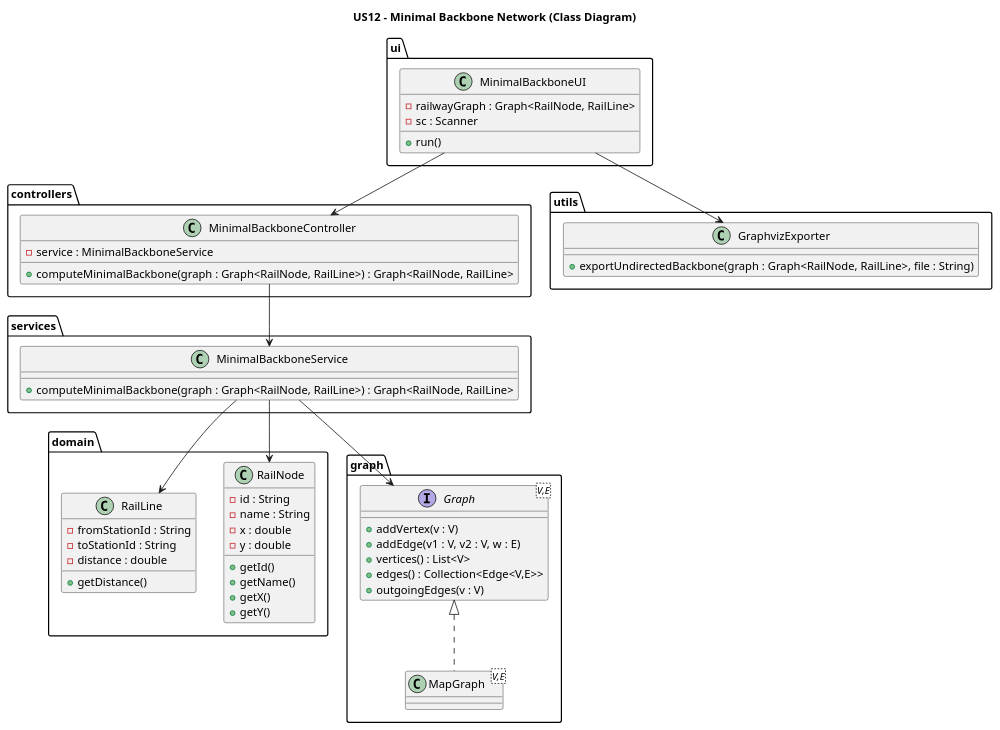
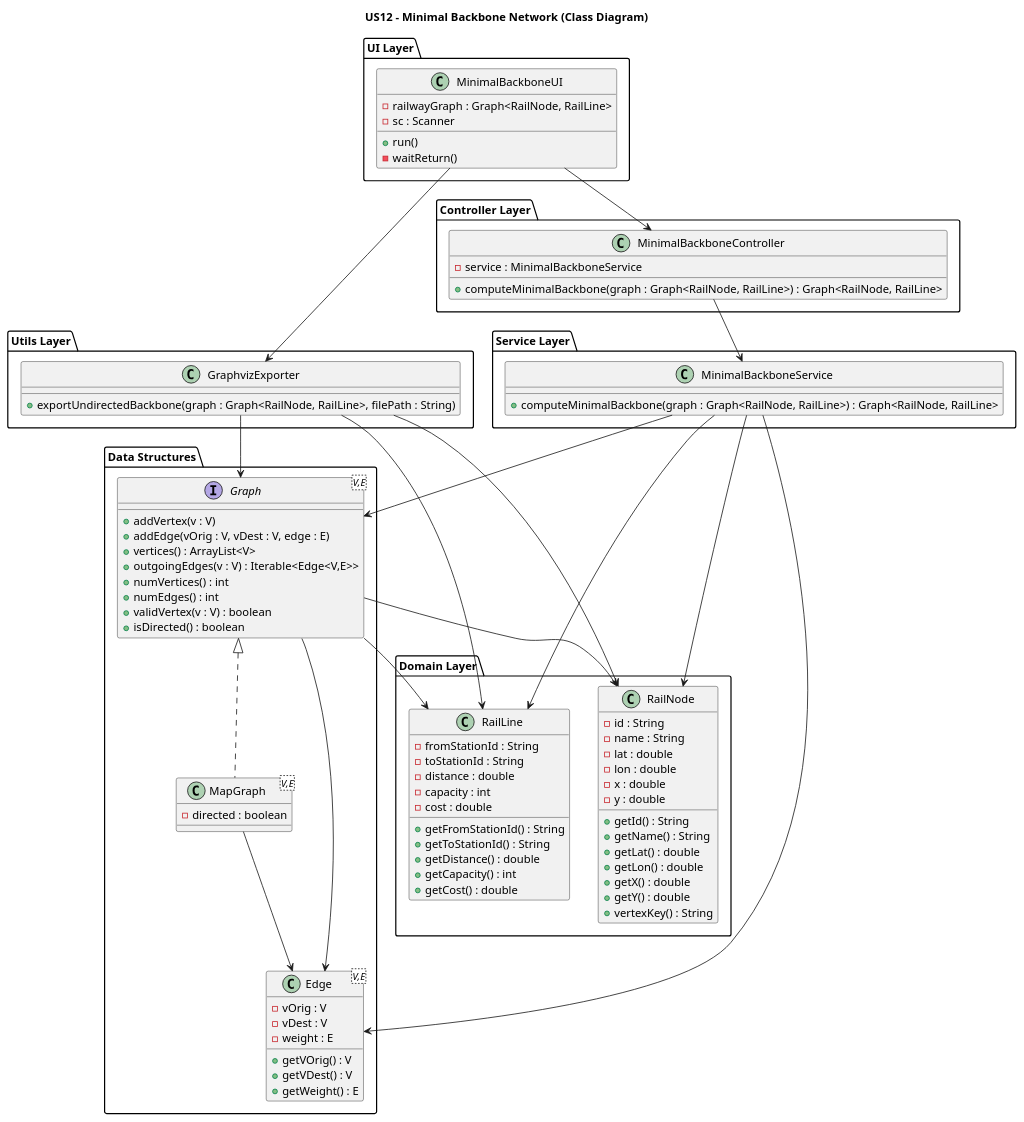
Before and after one commit to RicardoGuimaraes1212125/ESINF_25-26_1212125: the diagram in src/docs/USE12/USE12_cd.puml, drawn with PlantUML.

Commit message:
update on us12 CD

```diff
--- a/src/docs/USE12/USE12_cd.puml
+++ b/src/docs/USE12/USE12_cd.puml
@@ -1,72 +1,107 @@
 @startuml
 
 title US12 - Minimal Backbone Network (Class Diagram)
 
-package ui {
+package "UI Layer" {
     class MinimalBackboneUI {
         - railwayGraph : Graph<RailNode, RailLine>
         - sc : Scanner
         + run()
+        - waitReturn()
     }
 }
 
-package controllers {
+package "Controller Layer" {
     class MinimalBackboneController {
         - service : MinimalBackboneService
         + computeMinimalBackbone(graph : Graph<RailNode, RailLine>) : Graph<RailNode, RailLine>
     }
 }
 
-package services {
+package "Service Layer" {
     class MinimalBackboneService {
         + computeMinimalBackbone(graph : Graph<RailNode, RailLine>) : Graph<RailNode, RailLine>
     }
 }
 
-package domain {
+package "Domain Layer" {
     class RailNode {
         - id : String
         - name : String
+        - lat : double
+        - lon : double
         - x : double
         - y : double
-        + getId()
-        + getName()
-        + getX()
-        + getY()
+        + getId() : String
+        + getName() : String
+        + getLat() : double
+        + getLon() : double
+        + getX() : double
+        + getY() : double
+        + vertexKey() : String
     }
 
     class RailLine {
         - fromStationId : String
         - toStationId : String
         - distance : double
-        + getDistance()
+        - capacity : int
+        - cost : double
+        + getFromStationId() : String
+        + getToStationId() : String
+        + getDistance() : double
+        + getCapacity() : int
+        + getCost() : double
     }
 }
 
-package graph {
+package "Data Structures" {
     interface Graph<V,E> {
         + addVertex(v : V)
-        + addEdge(v1 : V, v2 : V, w : E)
-        + vertices() : List<V>
-        + edges() : Collection<Edge<V,E>>
-        + outgoingEdges(v : V)
+        + addEdge(vOrig : V, vDest : V, edge : E)
+        + vertices() : ArrayList<V>
+        + outgoingEdges(v : V) : Iterable<Edge<V,E>>
+        + numVertices() : int
+        + numEdges() : int
+        + validVertex(v : V) : boolean
+        + isDirected() : boolean
     }
 
-    class MapGraph<V,E>
+    class MapGraph<V,E> {
+        - directed : boolean
+    }
+
+    class Edge<V,E> {
+        - vOrig : V
+        - vDest : V
+        - weight : E
+        + getVOrig() : V
+        + getVDest() : V
+        + getWeight() : E
+    }
 }
 
-package utils {
+package "Utils Layer" {
     class GraphvizExporter {
-        + exportUndirectedBackbone(graph : Graph<RailNode, RailLine>, file : String)
+        + exportUndirectedBackbone(graph : Graph<RailNode, RailLine>, filePath : String)
     }
 }
 
 Graph <|.. MapGraph
+MapGraph --> Edge
+Graph --> Edge
+Graph --> RailNode
+Graph --> RailLine
+
 MinimalBackboneUI --> MinimalBackboneController
 MinimalBackboneController --> MinimalBackboneService
 MinimalBackboneService --> Graph
 MinimalBackboneService --> RailNode
 MinimalBackboneService --> RailLine
+MinimalBackboneService --> Edge
 MinimalBackboneUI --> GraphvizExporter
+GraphvizExporter --> Graph
+GraphvizExporter --> RailNode
+GraphvizExporter --> RailLine
 
 @enduml
```
